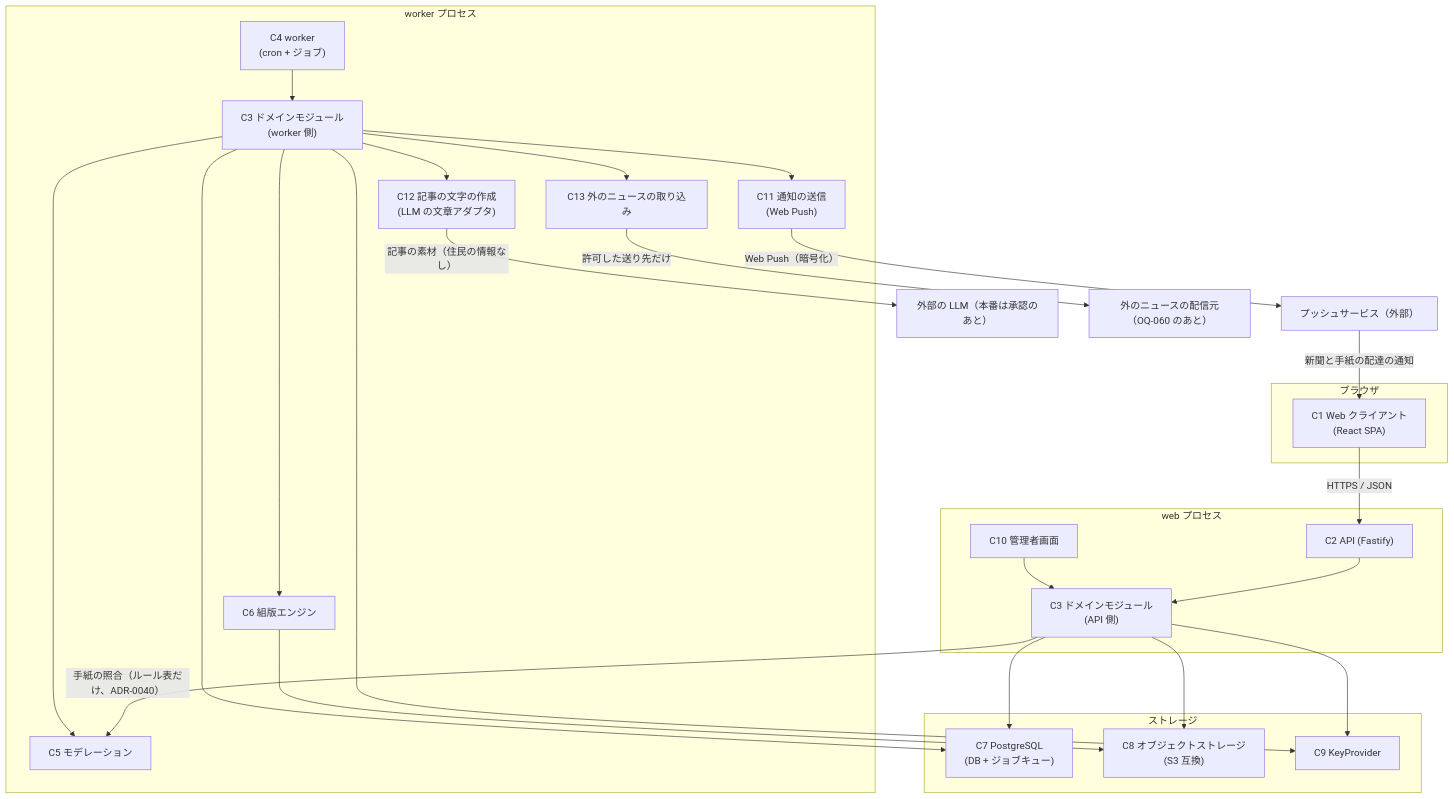
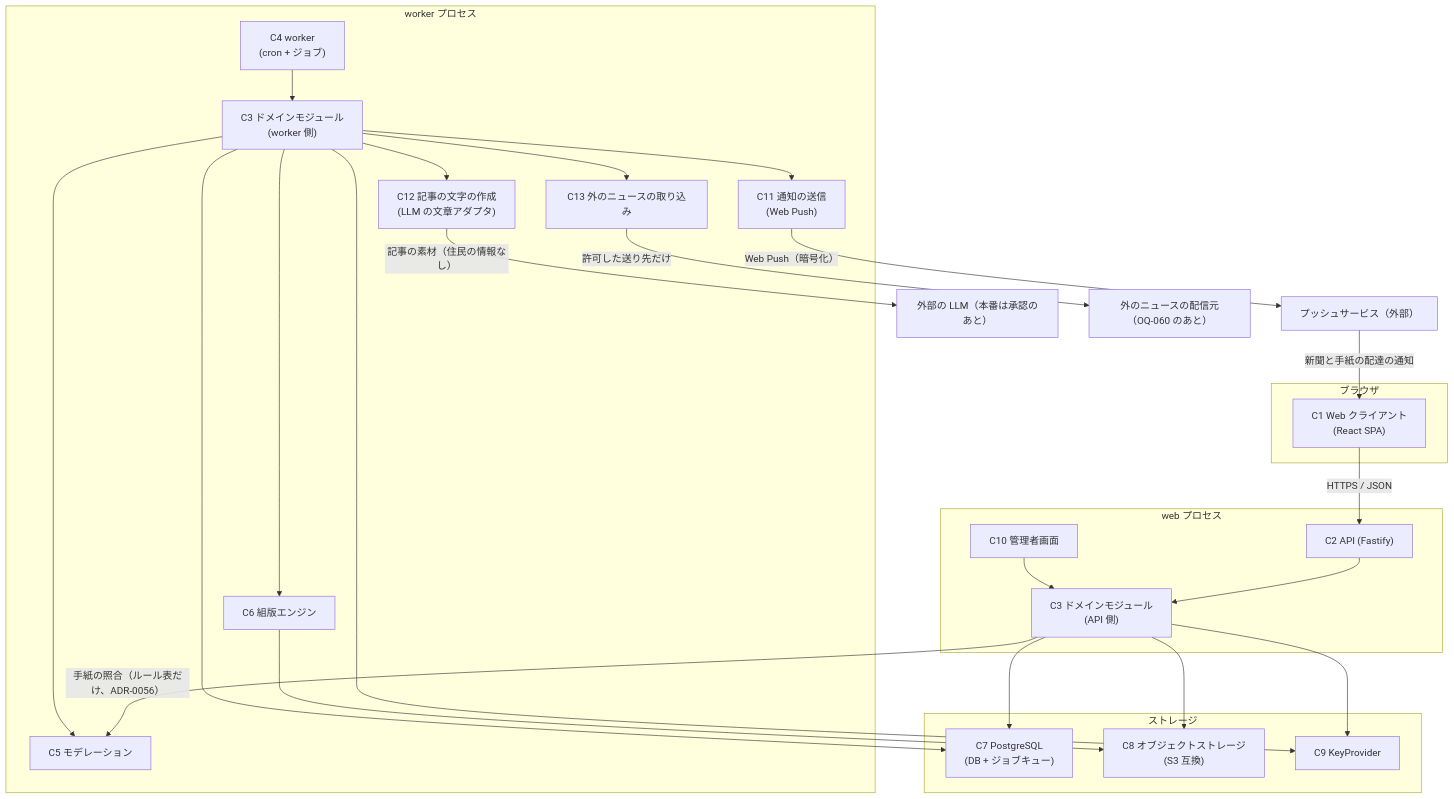
Before and after one commit to BONUS-git/yuguregaoka-3chome: the diagram in .ai/architecture.md, drawn with Mermaid. The commit also changed other lines of this file and 13 other files, not shown here.

````diff
--- a/.ai/architecture.md
+++ b/.ai/architecture.md
@@ -54,53 +54,53 @@
 ```mermaid
 flowchart TB
     subgraph Browser["ブラウザ"]
         C1["C1 Web クライアント\n(React SPA)"]
     end
 
     subgraph WebProc["web プロセス"]
         C2["C2 API (Fastify)"]
         C3w["C3 ドメインモジュール\n(API 側)"]
         C10["C10 管理者画面"]
     end
 
     subgraph WorkerProc["worker プロセス"]
         C4["C4 worker\n(cron + ジョブ)"]
         C3wk["C3 ドメインモジュール\n(worker 側)"]
         C5["C5 モデレーション"]
         C6["C6 組版エンジン"]
         C11["C11 通知の送信\n(Web Push)"]
         C12["C12 記事の文字の作成\n(LLM の文章アダプタ)"]
         C13["C13 外のニュースの取り込み"]
     end
 
     Push["プッシュサービス（外部）"]
     LLM["外部の LLM（本番は承認のあと）"]
     News["外のニュースの配信元（OQ-060 のあと）"]
 
     subgraph StorageLayer["ストレージ"]
         C7["C7 PostgreSQL\n(DB + ジョブキュー)"]
         C8["C8 オブジェクトストレージ\n(S3 互換)"]
         C9["C9 KeyProvider"]
     end
 
     C1 -->|HTTPS / JSON| C2
     C2 --> C3w
     C10 --> C3w
     C3w --> C7
     C3w --> C9
     C3w --> C8
-    C3w -->|手紙の照合（ルール表だけ、ADR-0040）| C5
+    C3w -->|手紙の照合（ルール表だけ、ADR-0056）| C5
     C4 --> C3wk
     C3wk --> C5
     C3wk --> C6
     C3wk --> C7
     C6 --> C8
     C3wk --> C9
     C3wk --> C11
     C11 -->|Web Push（暗号化）| Push
     Push -->|新聞と手紙の配達の通知| C1
     C3wk --> C12
     C3wk --> C13
     C12 -->|記事の素材（住民の情報なし）| LLM
     C13 -->|許可した送り先だけ| News
 ```
````
